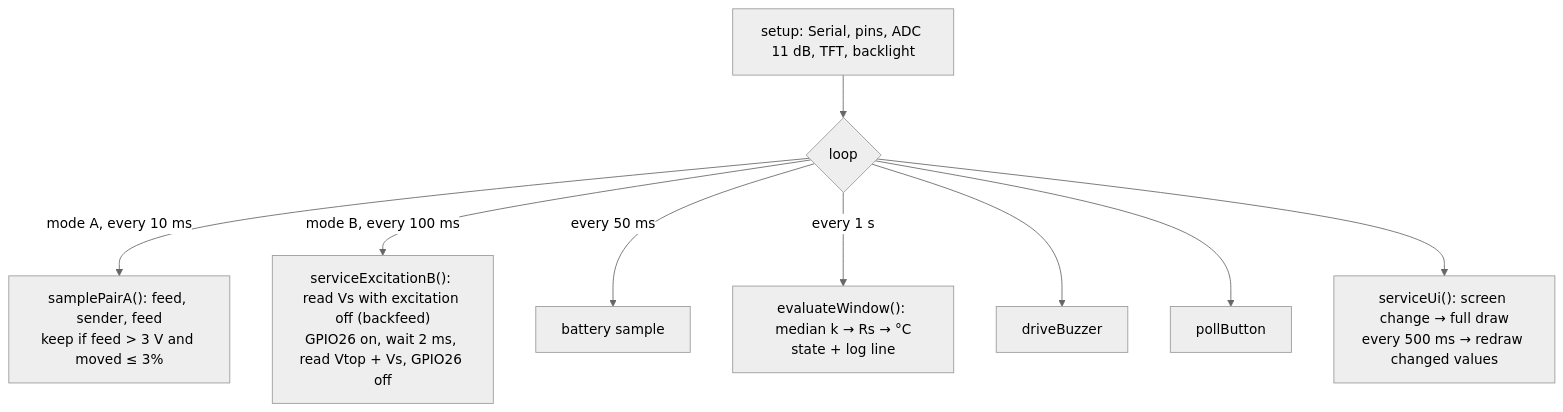
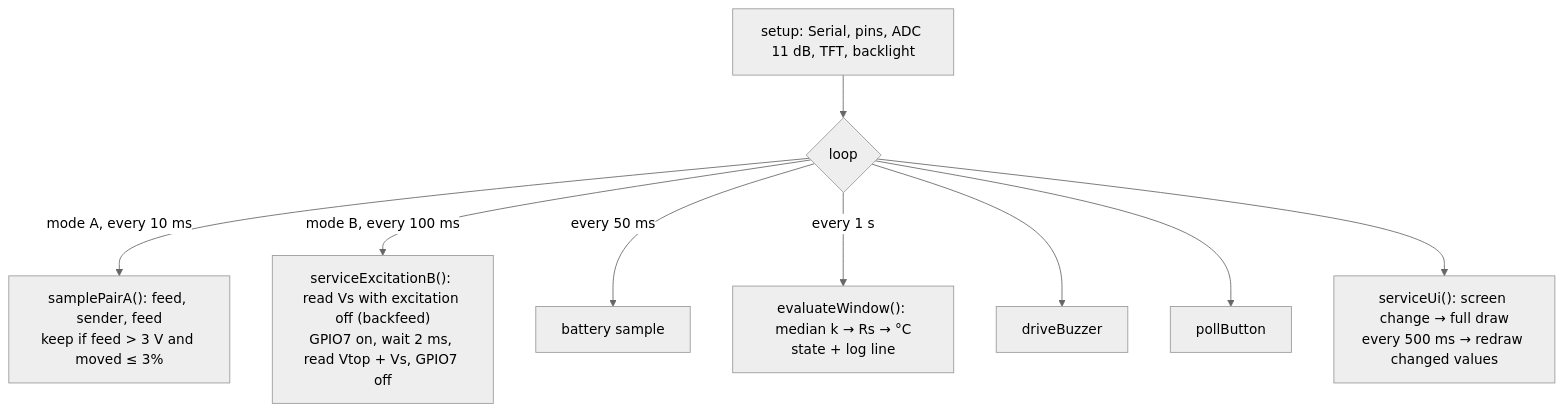
One commit to maskeynihal/sensor-for-cars changed the diagram in projects/hj60_coolant/docs/architecture.md. Above: the diagram before and after it, drawn with Mermaid (neutral theme). The commit also changed other lines of this file and 12 other files, not shown here.

````diff
--- a/projects/hj60_coolant/docs/architecture.md
+++ b/projects/hj60_coolant/docs/architecture.md
@@ -5,11 +5,11 @@
 ```mermaid
 flowchart TD
   S[setup: Serial, pins, ADC 11 dB, TFT, backlight] --> L{loop}
   L -->|mode A, every 10 ms| PA["samplePairA(): feed, sender, feed<br/>keep if feed > 3 V and moved ≤ 3%"]
-  L -->|mode B, every 100 ms| PB["serviceExcitationB(): read Vs with excitation off (backfeed)<br/>GPIO26 on, wait 2 ms, read Vtop + Vs, GPIO26 off"]
+  L -->|mode B, every 100 ms| PB["serviceExcitationB(): read Vs with excitation off (backfeed)<br/>GPIO7 on, wait 2 ms, read Vtop + Vs, GPIO7 off"]
   L -->|every 50 ms| BT[battery sample]
   L -->|every 1 s| W["evaluateWindow(): median k → Rs → °C<br/>state + log line"]
   L --> BZ[driveBuzzer]
   L --> BN[pollButton]
   L --> UI["serviceUi(): screen change → full draw<br/>every 500 ms → redraw changed values"]
 ```
````
